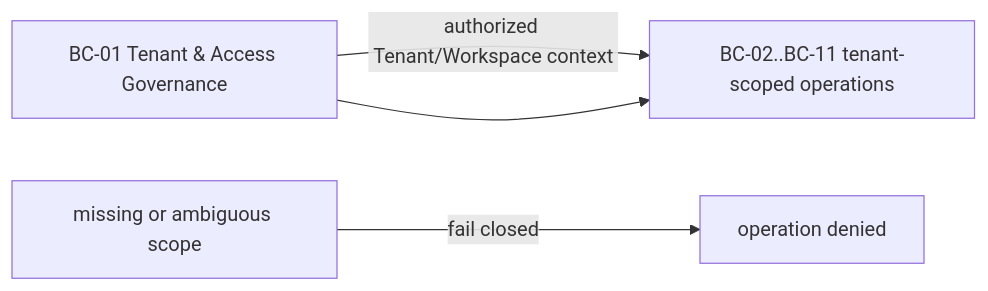
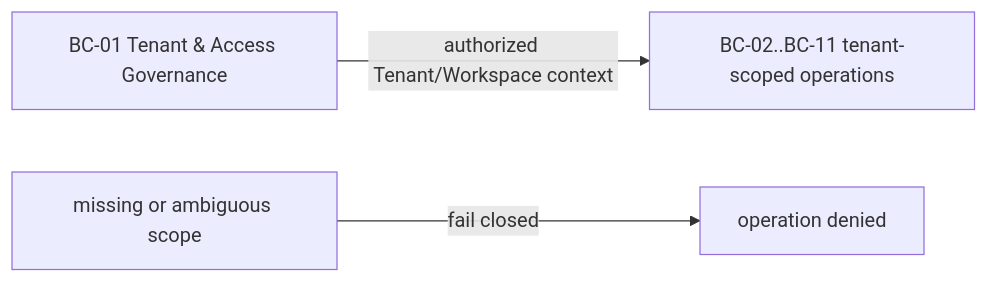
Before and after one commit to nexa-suite/mobile-report: the fifth of 5 diagrams in report/02-requirements-and-software-solution-design/2.5-strategic-level-domain-driven-design/2.5.2-context-mapping.md, drawn with Mermaid. The commit also changed other lines of this file and 1 other file, not shown here.

Commit message:
docs(ch2): reconcile strategic context mapping

````diff
--- a/report/02-requirements-and-software-solution-design/2.5-strategic-level-domain-driven-design/2.5.2-context-mapping.md
+++ b/report/02-requirements-and-software-solution-design/2.5-strategic-level-domain-driven-design/2.5.2-context-mapping.md
@@ -95,6 +95,10 @@
 ```mermaid
 flowchart LR
-  BC01["BC-01 Tenant & Access Governance"] -->|authorized Tenant/Workspace context| scoped["BC-02..BC-11 tenant-scoped operations"]
-  missing["missing or ambiguous scope"] -->|fail closed| deny["operation denied"]
-  BC01 --> scoped
+  BC01["BC-01 Tenant & Access Governance"]
+  scoped["BC-02..BC-11 tenant-scoped operations"]
+  missing["missing or ambiguous scope"]
+  deny["operation denied"]
+
+  BC01 -->|"authorized Tenant/Workspace context"| scoped
+  missing -->|"fail closed"| deny
 ```
````
